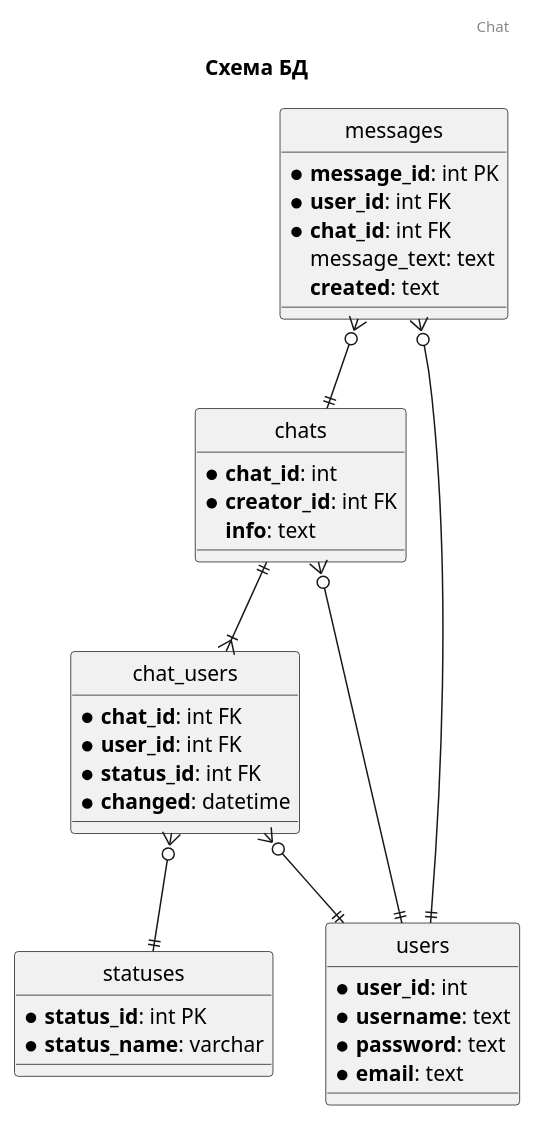
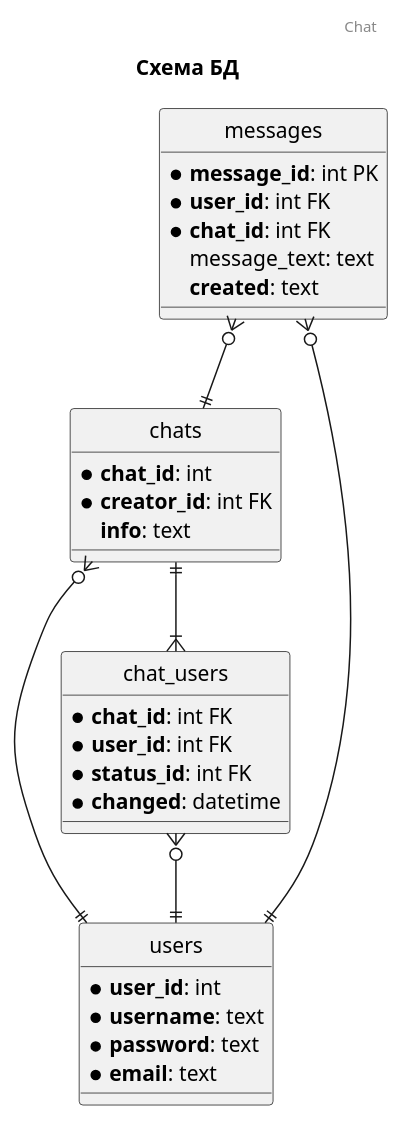
The diagram in docs/db_scheme.puml (Rinsarz/module_1_project), drawn with PlantUML before and after one commit. The commit also changed 8 other files, not shown here.

```diff
--- a/docs/db_scheme.puml
+++ b/docs/db_scheme.puml
@@ -1,55 +1,49 @@
 @startuml
 
 header Chat
 title Схема БД
 
 hide circle
 'skinparam linetype ortho
 
 
 
 
 entity chats{
     * **chat_id**: int
     * **creator_id**: int FK
     **info**: text
 
 
 }
 
 entity users{
     * **user_id**: int
     * **username**: text
     * **password**: text
     * **email**: text
 }
 
 entity chat_users{
     * **chat_id**: int FK
     * **user_id**: int FK
     * **status_id**: int FK
     * **changed**: datetime
 }
 
 entity messages{
     * **message_id**: int PK
     * **user_id**: int FK
     * **chat_id**: int FK
     message_text: text
     **created**: text
 }
 
 
-entity statuses{
-    * **status_id**: int PK
-    * **status_name**: varchar
-
-}
 chats }o--|| users
 messages }o--|| users
 chat_users }o--|| users
 chats ||--|{ chat_users
-chat_users }o--||statuses
 messages }o--||chats
 
 @enduml
```
